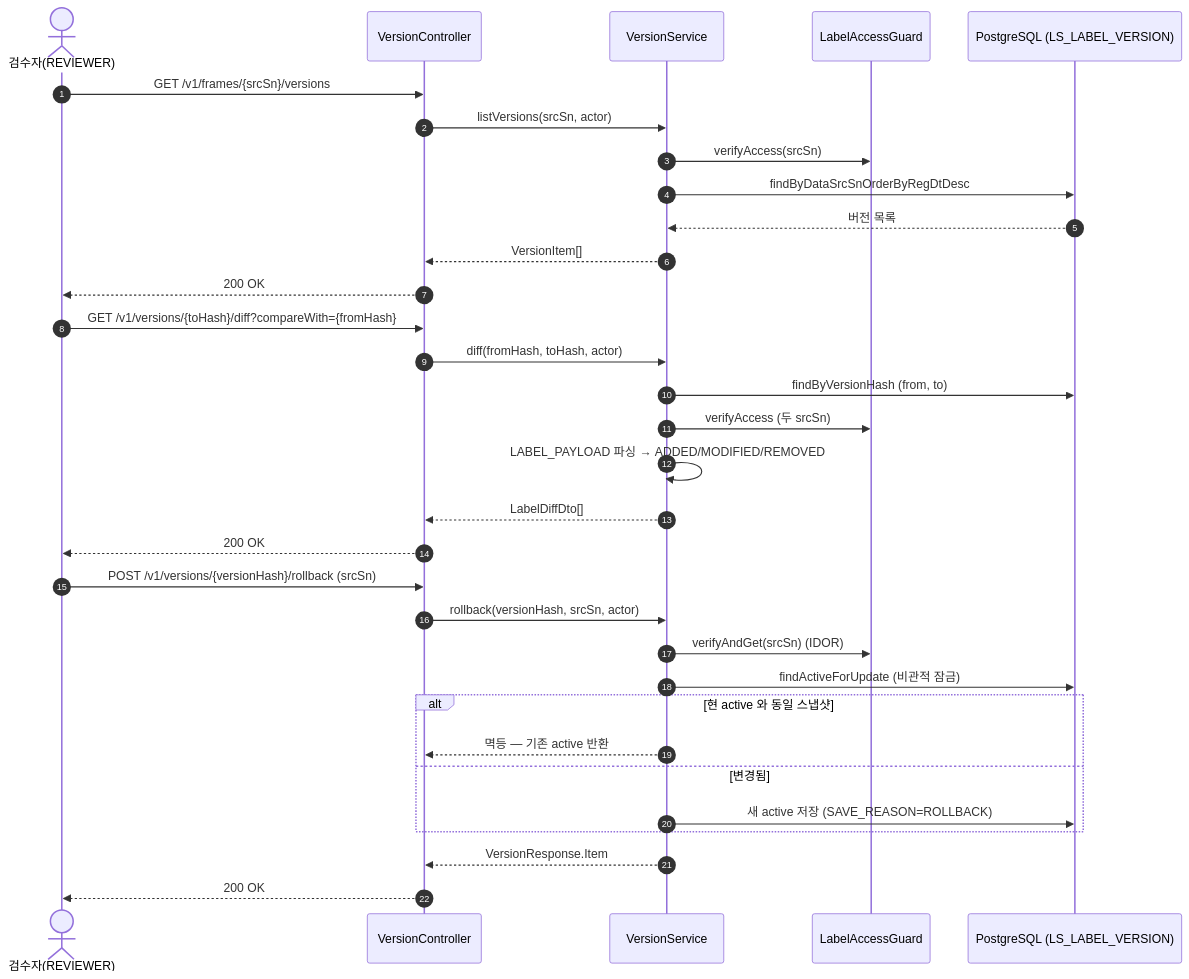
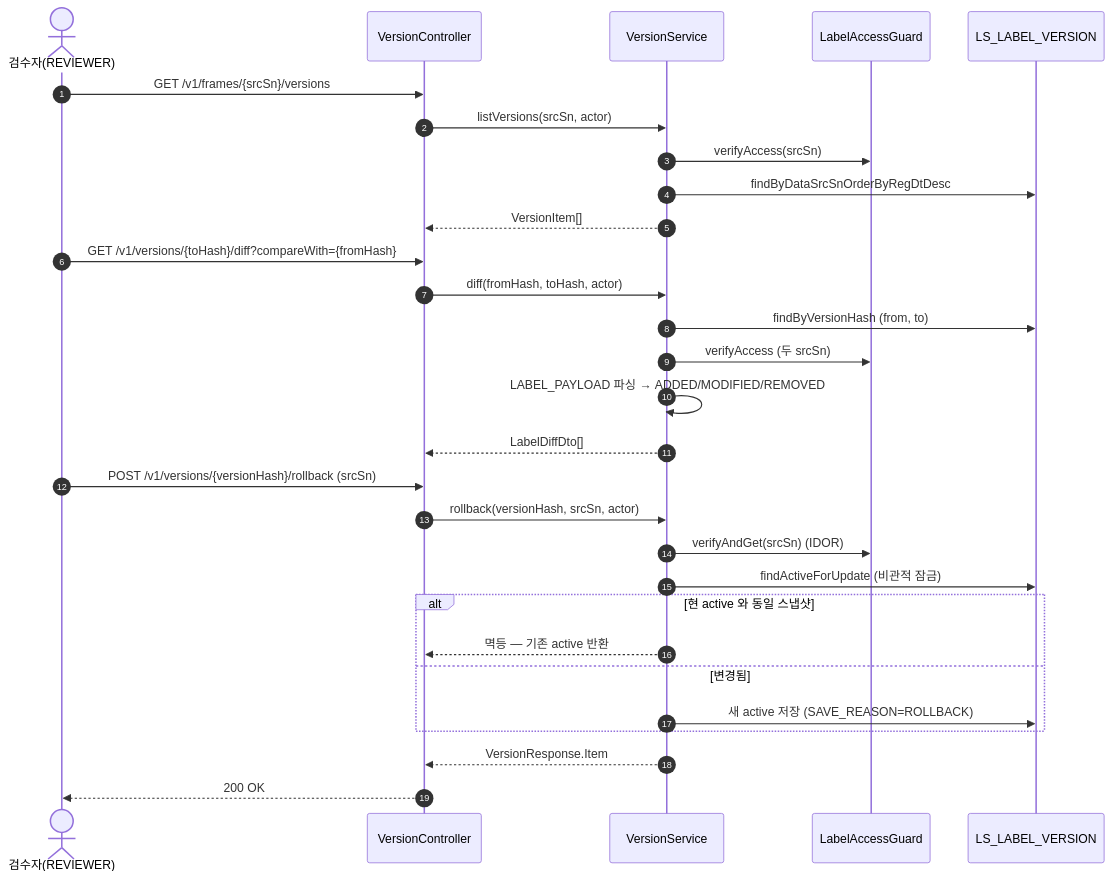
The eighth of 26 diagrams in docs/design/D1-클래스설계서.md (New-stella/klid-label), drawn with Mermaid before and after one commit. The commit also changed other lines of this file and 6 other files, not shown here.

````diff
--- a/docs/design/D1-클래스설계서.md
+++ b/docs/design/D1-클래스설계서.md
@@ -611,37 +496,31 @@
 ```mermaid
 sequenceDiagram
     autonumber
     actor RV as 검수자(REVIEWER)
     participant VC as VersionController
     participant VS as VersionService
     participant AG as LabelAccessGuard
-    participant DB as PostgreSQL (LS_LABEL_VERSION)
-
+    participant DB as LS_LABEL_VERSION
     RV->>VC: GET /v1/frames/{srcSn}/versions
     VC->>VS: listVersions(srcSn, actor)
     VS->>AG: verifyAccess(srcSn)
     VS->>DB: findByDataSrcSnOrderByRegDtDesc
-    DB-->>VS: 버전 목록
     VS-->>VC: VersionItem[]
-    VC-->>RV: 200 OK
-
     RV->>VC: GET /v1/versions/{toHash}/diff?compareWith={fromHash}
     VC->>VS: diff(fromHash, toHash, actor)
     VS->>DB: findByVersionHash (from, to)
     VS->>AG: verifyAccess (두 srcSn)
     VS->>VS: LABEL_PAYLOAD 파싱 → ADDED/MODIFIED/REMOVED
     VS-->>VC: LabelDiffDto[]
-    VC-->>RV: 200 OK
-
     RV->>VC: POST /v1/versions/{versionHash}/rollback (srcSn)
     VC->>VS: rollback(versionHash, srcSn, actor)
     VS->>AG: verifyAndGet(srcSn) (IDOR)
     VS->>DB: findActiveForUpdate (비관적 잠금)
     alt 현 active 와 동일 스냅샷
         VS-->>VC: 멱등 — 기존 active 반환
     else 변경됨
         VS->>DB: 새 active 저장 (SAVE_REASON=ROLLBACK)
     end
     VS-->>VC: VersionResponse.Item
     VC-->>RV: 200 OK
 ```
````
